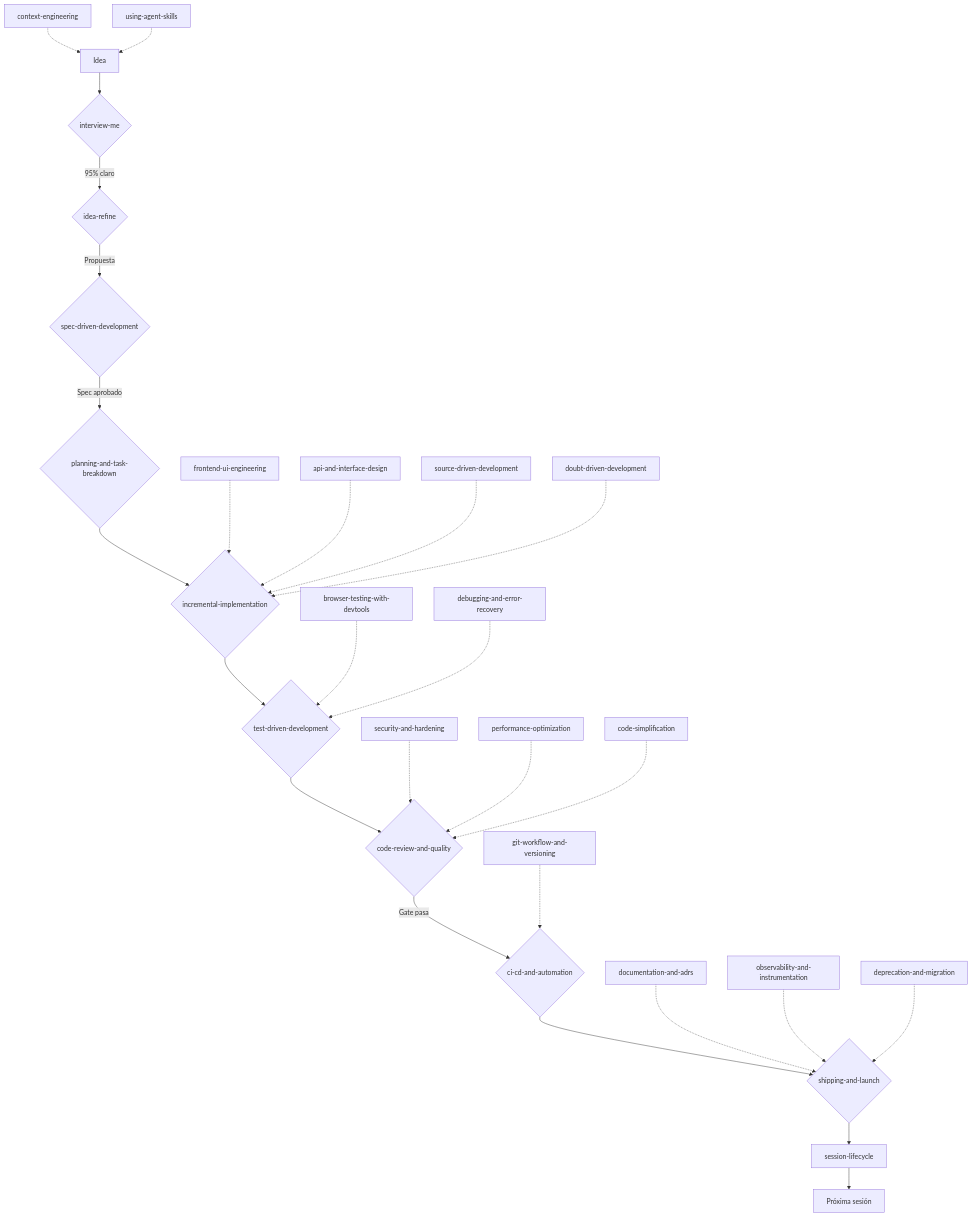
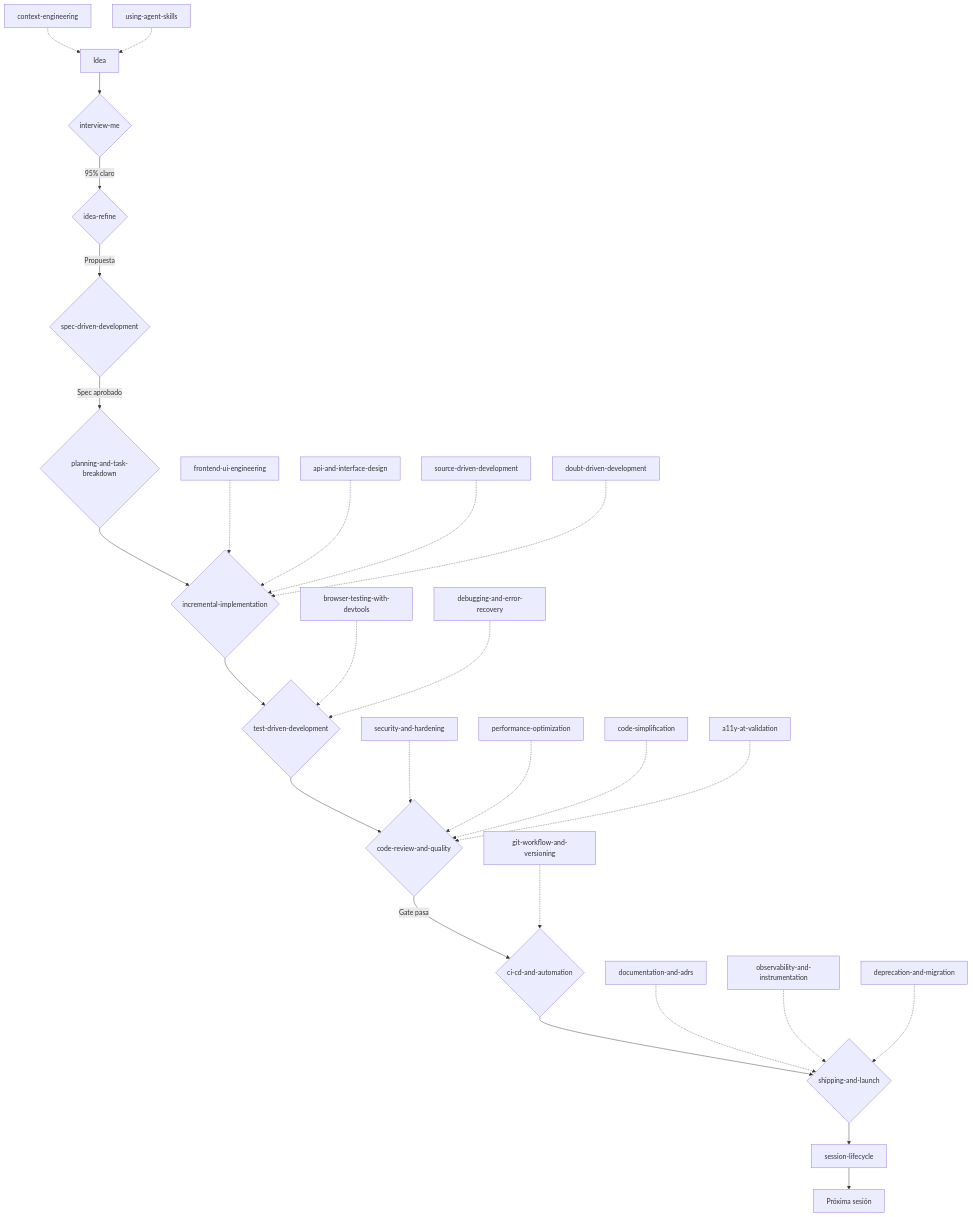
Before and after one commit to gonzoblasco/workspace_openclaw: the diagram in docs/kanam-product-pipeline.md, drawn with Mermaid. The commit also changed other lines of this file and 1 other file, not shown here.

Commit message:
docs(pipeline): locate a11y-at-validation in kanam product pipeline

````diff
--- a/docs/kanam-product-pipeline.md
+++ b/docs/kanam-product-pipeline.md
@@ -86,31 +87,32 @@
 ```mermaid
 graph TD
     A[Idea] --> B1{interview-me}
     B1 -->|95% claro| B2{idea-refine}
     B2 -->|Propuesta| C{spec-driven-development}
     C -->|Spec aprobado| D{planning-and-task-breakdown}
     D --> E{incremental-implementation}
     E --> F{test-driven-development}
     F --> G{code-review-and-quality}
     G -->|Gate pasa| H{ci-cd-and-automation}
     H --> I{shipping-and-launch}
     I --> J[session-lifecycle]
     J --> K[Próxima sesión]
 
     %% Build transversal
     L[frontend-ui-engineering] -.-> E
     M[api-and-interface-design] -.-> E
     N[source-driven-development] -.-> E
     O[doubt-driven-development] -.-> E
     P[browser-testing-with-devtools] -.-> F
     Q[debugging-and-error-recovery] -.-> F
     R[security-and-hardening] -.-> G
     S[performance-optimization] -.-> G
     T[code-simplification] -.-> G
+    AA[a11y-at-validation] -.-> G
     U[documentation-and-adrs] -.-> I
     V[observability-and-instrumentation] -.-> I
     W[deprecation-and-migration] -.-> I
     X[git-workflow-and-versioning] -.-> H
     Y[context-engineering] -.-> A
     Z[using-agent-skills] -.-> A
 ```
````
